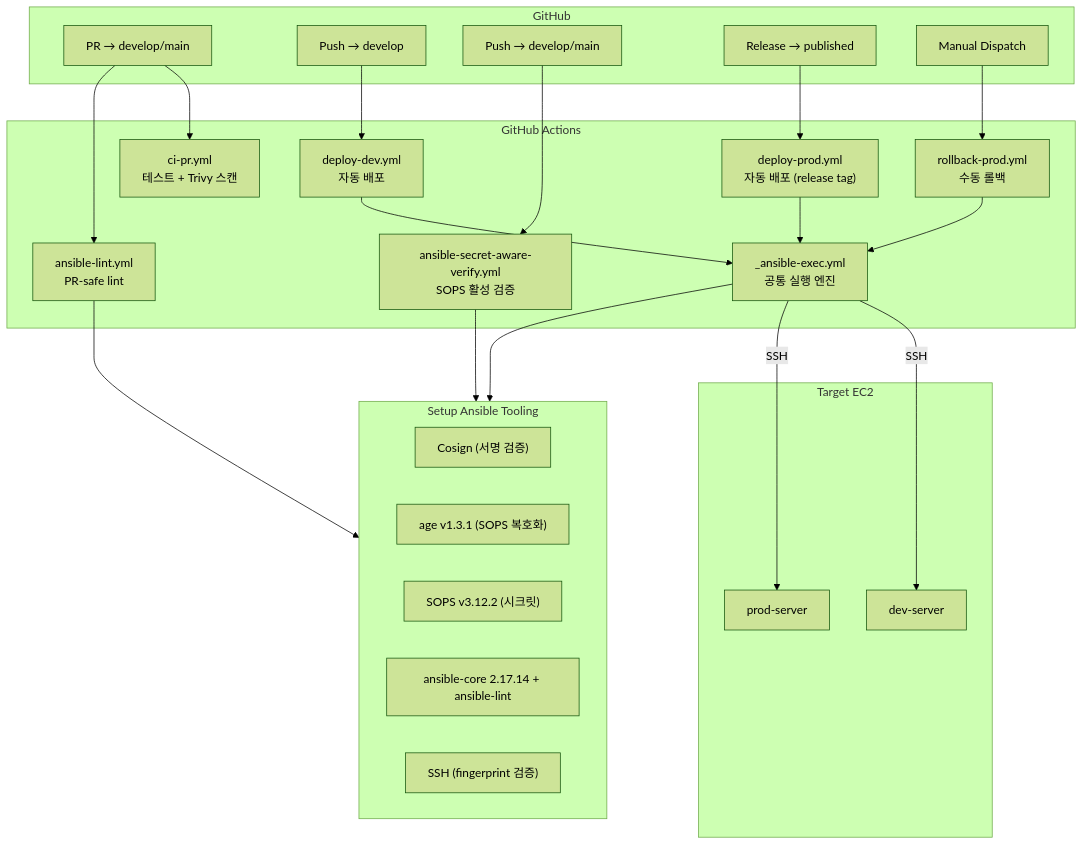
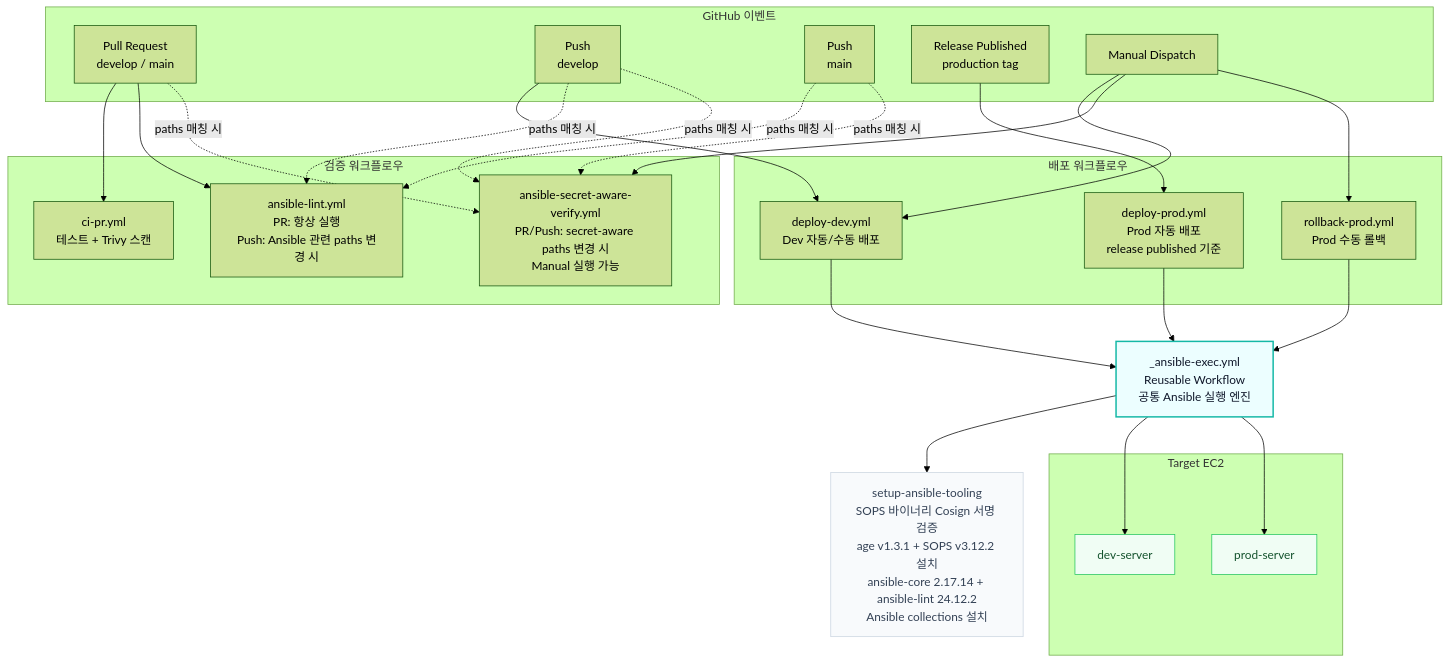
One commit to TEAM-BEAT/BEAT-SERVER changed the fifth of 14 diagrams in infra/README.md. Above: the diagram before and after it, drawn with Mermaid (forest theme). The commit also changed other lines of this file, not shown here.

Commit message:
docs: README.md 다이어그램 구체화

````diff
--- a/infra/README.md
+++ b/infra/README.md
@@ -392,48 +450,60 @@
 ```mermaid
 flowchart TB
-    subgraph GitHub["GitHub"]
-        PR["PR → develop/main"]
-        PushDevelop["Push → develop"]
-        PushProtected["Push → develop/main"]
-        ReleasePublished["Release → published"]
-        Dispatch["Manual Dispatch"]
+    subgraph EVENTS["GitHub 이벤트"]
+        PR["Pull Request<br/>develop / main"]
+        PushDevelop["Push<br/>develop"]
+        PushMain["Push<br/>main"]
+        Release["Release Published<br/>production tag"]
+        Manual["Manual Dispatch"]
     end
 
-    subgraph Workflows["GitHub Actions"]
-        CIPR["ci-pr.yml<br/>테스트 + Trivy 스캔"]
-        AnsibleLint["ansible-lint.yml<br/>PR-safe lint"]
-        SecretAware["ansible-secret-aware-verify.yml<br/>SOPS 활성 검증"]
-        DeployDev["deploy-dev.yml<br/>자동 배포"]
-        DeployProd["deploy-prod.yml<br/>자동 배포 (release tag)"]
-        RollbackProd["rollback-prod.yml<br/>수동 롤백"]
-        AnsibleExec["_ansible-exec.yml<br/>공통 실행 엔진"]
+    subgraph VERIFY["검증 워크플로우"]
+        CI["ci-pr.yml<br/>테스트 + Trivy 스캔"]
+        Lint["ansible-lint.yml<br/>PR: 항상 실행<br/>Push: Ansible 관련 paths 변경 시"]
+        SecretVerify["ansible-secret-aware-verify.yml<br/>PR/Push: secret-aware paths 변경 시<br/>Manual 실행 가능"]
     end
 
-    subgraph Tooling["Setup Ansible Tooling"]
-        Cosign["Cosign (서명 검증)"]
-        Age["age v1.3.1 (SOPS 복호화)"]
-        SOPS["SOPS v3.12.2 (시크릿)"]
-        Ansible["ansible-core 2.17.14 + ansible-lint"]
-        SSH["SSH (fingerprint 검증)"]
+    subgraph DEPLOY["배포 워크플로우"]
+        DevDeploy["deploy-dev.yml<br/>Dev 자동/수동 배포"]
+        ProdDeploy["deploy-prod.yml<br/>Prod 자동 배포<br/>release published 기준"]
+        ProdRollback["rollback-prod.yml<br/>Prod 수동 롤백"]
     end
 
-    subgraph Server["Target EC2"]
-        DevServer["dev-server"]
-        ProdServer["prod-server"]
+    Executor["_ansible-exec.yml<br/>Reusable Workflow<br/>공통 Ansible 실행 엔진"]:::executor
+
+    Tooling["setup-ansible-tooling<br/>SOPS 바이너리 Cosign 서명 검증<br/>age v1.3.1 + SOPS v3.12.2 설치<br/>ansible-core 2.17.14 + ansible-lint 24.12.2<br/>Ansible collections 설치"]:::tooling
+
+    subgraph TARGETS["Target EC2"]
+        DevServer["dev-server"]:::server
+        ProdServer["prod-server"]:::server
     end
 
-    PR --> CIPR
-    PR --> AnsibleLint
-    PushDevelop --> DeployDev
-    PushProtected --> SecretAware
-    ReleasePublished --> DeployProd
-    Dispatch --> RollbackProd
-    DeployDev --> AnsibleExec
-    DeployProd --> AnsibleExec
-    RollbackProd --> AnsibleExec
-    AnsibleLint --> Tooling
-    SecretAware --> Tooling
-    AnsibleExec --> Tooling
-    AnsibleExec -->|"SSH"| DevServer
-    AnsibleExec -->|"SSH"| ProdServer
+    PR --> CI
+    PR --> Lint
+    PR -. paths 매칭 시 .-> SecretVerify
+
+    PushDevelop --> DevDeploy
+    PushDevelop -. paths 매칭 시 .-> Lint
+    PushDevelop -. paths 매칭 시 .-> SecretVerify
+
+    PushMain -. paths 매칭 시 .-> Lint
+    PushMain -. paths 매칭 시 .-> SecretVerify
+
+    Release --> ProdDeploy
+
+    Manual --> DevDeploy
+    Manual --> SecretVerify
+    Manual --> ProdRollback
+
+    DevDeploy --> Executor
+    ProdDeploy --> Executor
+    ProdRollback --> Executor
+
+    Executor --> Tooling
+    Executor --> DevServer
+    Executor --> ProdServer
+
+    classDef executor fill:#ECFEFF,stroke:#14B8A6,stroke-width:2px,color:#0F172A
+    classDef tooling fill:#F8FAFC,stroke:#CBD5E1,stroke-width:1px,color:#334155
+    classDef server fill:#F0FDF4,stroke:#22C55E,stroke-width:1px,color:#14532D
 ```
````
